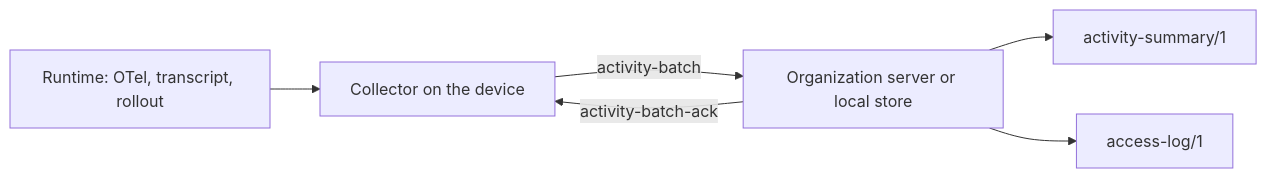
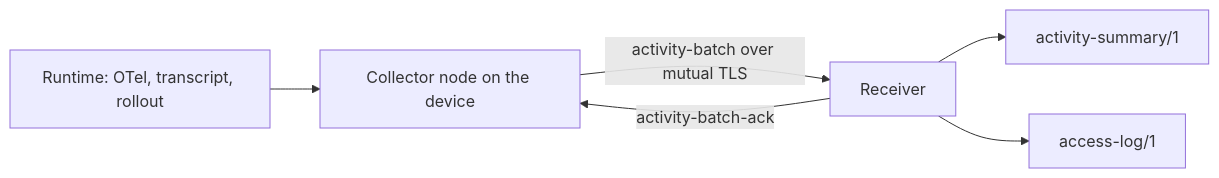
One commit to passioncode-ai/fabric-agent-contract changed the diagram in docs/specification/activity.md. Above: the diagram before and after it, drawn with Mermaid. The commit also changed other lines of this file and 105 other files, not shown here.

````diff
--- a/docs/specification/activity.md
+++ b/docs/specification/activity.md
@@ -27,8 +31,8 @@
 ```mermaid
 flowchart LR
-  R[Runtime: OTel, transcript, rollout] --> C[Collector on the device]
-  C -- activity-batch --> S[Organization server or local store]
+  R[Runtime: OTel, transcript, rollout] --> C[Collector node on the device]
+  C -- activity-batch over mutual TLS --> S[Receiver]
   S -- activity-batch-ack --> C
   S --> M[activity-summary/1]
   S --> A[access-log/1]
 ```
````
